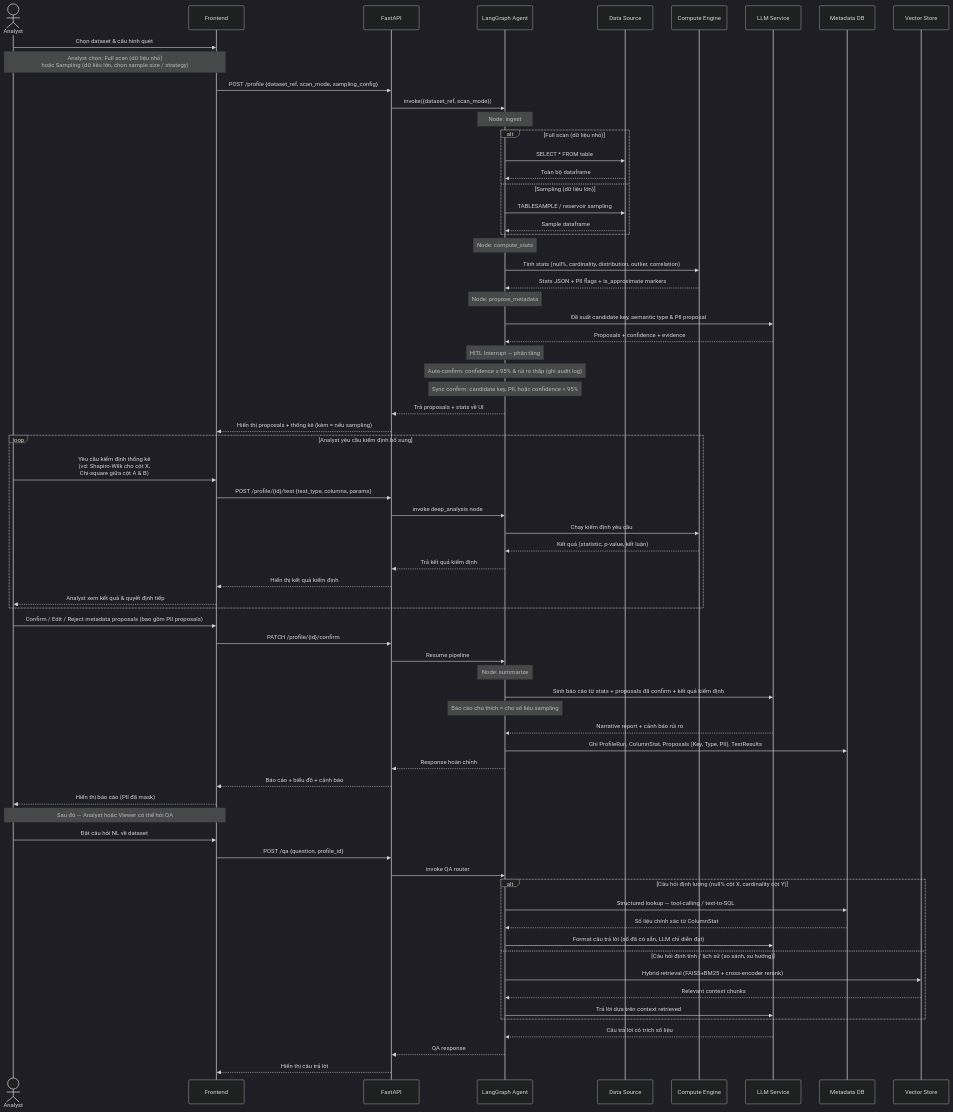
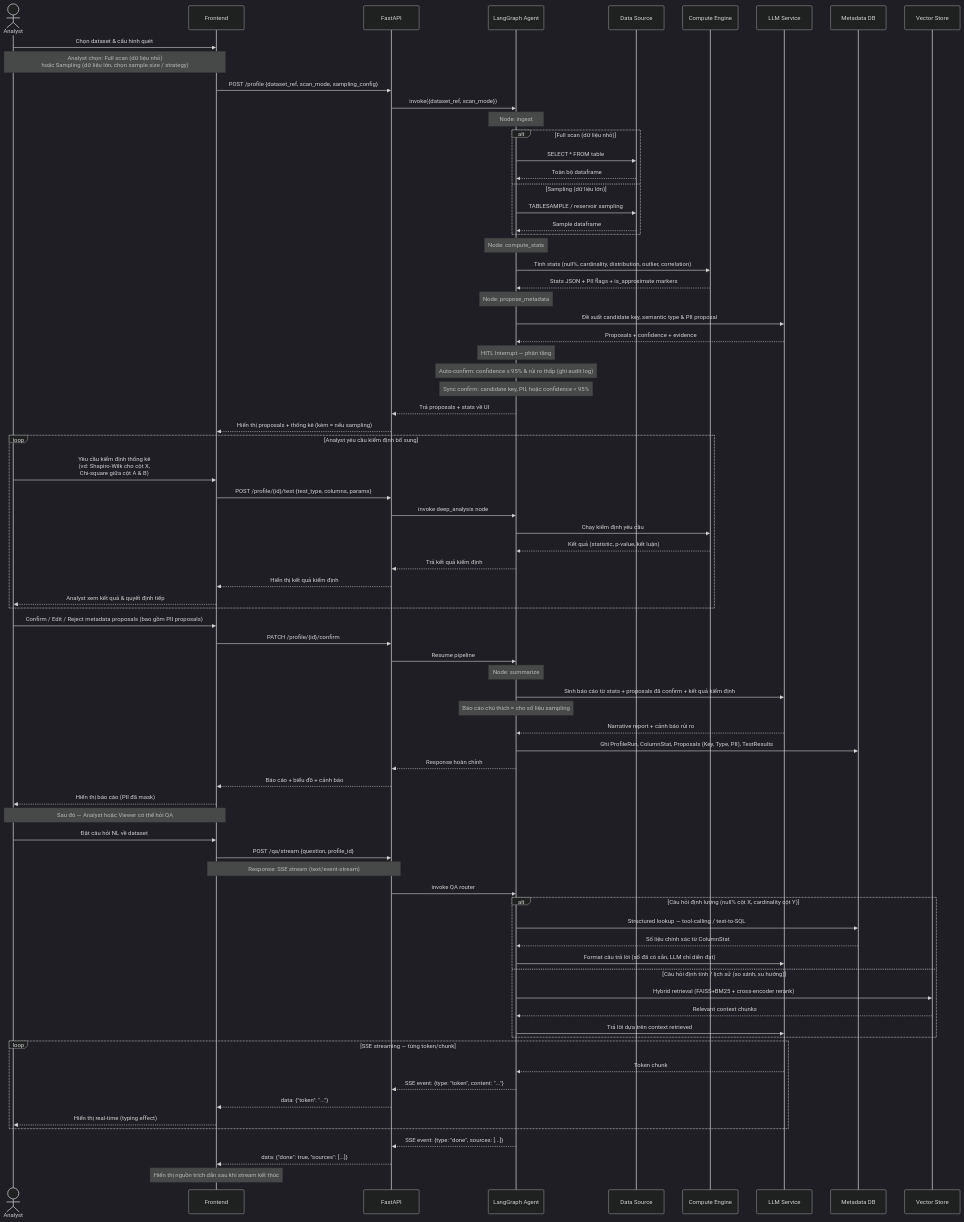
One commit to mhiu05/VDaAgent changed the third of 5 diagrams in docs/project_context.md. Above: the diagram before and after it, drawn with Mermaid (dark theme). The commit also changed other lines of this file and 52 other files, not shown here.

````diff
--- a/docs/project_context.md
+++ b/docs/project_context.md
@@ -263,7 +263,8 @@
 
     Note over A,UI: Sau đó — Analyst hoặc Viewer có thể hỏi QA
     A->>UI: Đặt câu hỏi NL về dataset
-    UI->>API: POST /qa {question, profile_id}
+    UI->>API: POST /qa/stream {question, profile_id}
+    Note over UI,API: Response: SSE stream (text/event-stream)
     API->>AG: invoke QA router
 
     alt Câu hỏi định lượng (null% cột X, cardinality cột Y)
@@ -276,7 +277,13 @@
         AG->>LLM: Trả lời dựa trên context retrieved
     end
 
-    LLM-->>AG: Câu trả lời có trích số liệu
-    AG-->>API: QA response
-    API-->>UI: Hiển thị câu trả lời
+    loop SSE streaming — từng token/chunk
+        LLM-->>AG: Token chunk
+        AG-->>API: SSE event: {type: "token", content: "..."}
+        API-->>UI: data: {"token": "..."}
+        UI-->>A: Hiển thị real-time (typing effect)
+    end
+    AG-->>API: SSE event: {type: "done", sources: [...]}
+    API-->>UI: data: {"done": true, "sources": [...]}
+    Note over UI: Hiển thị nguồn trích dẫn sau khi stream kết thúc
 ```
````
